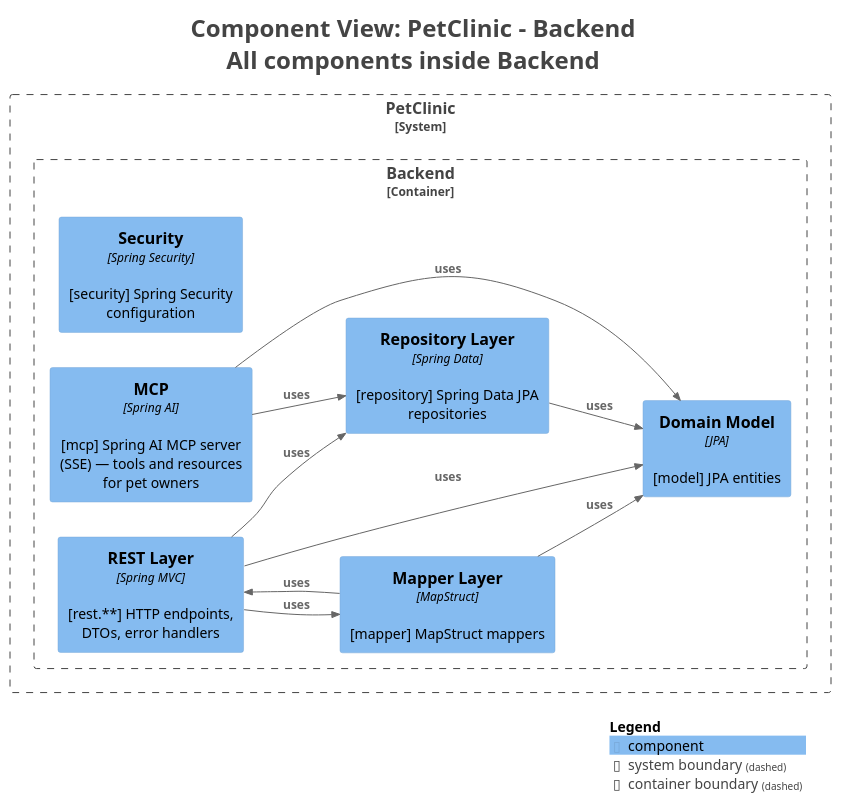
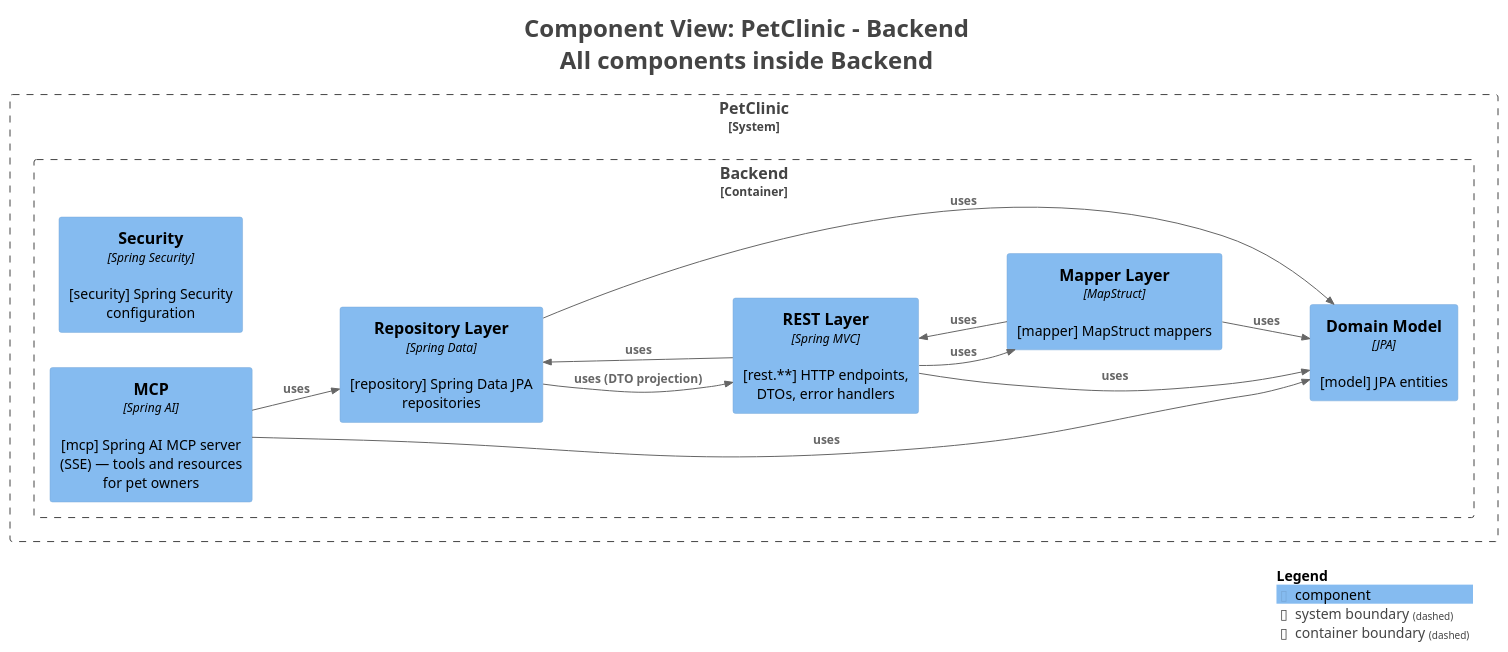
The diagram in petclinic-backend/docs/generated/c4views/C3-Components-All.puml (pmattiollo/petclinic), drawn with PlantUML before and after one commit. The commit also changed 11 other files, not shown here.

```diff
--- a/petclinic-backend/docs/generated/c4views/C3-Components-All.puml
+++ b/petclinic-backend/docs/generated/c4views/C3-Components-All.puml
@@ -1,41 +1,42 @@
 @startuml
 title <size:24>Component View: PetClinic - Backend</size>\n<size:24>All components inside Backend</size>
 
 set separator none
 left to right direction
 
 <style>
   root {
     BackgroundColor: #ffffff
     FontColor: #444444
   }
 </style>
 
 !include <C4/C4>
 !include <C4/C4_Context>
 !include <C4/C4_Component>
 
 System_Boundary("PetClinic_boundary", "PetClinic", $tags="") {
   Container_Boundary("PetClinic.Backend_boundary", "Backend", $tags="") {
     Component(PetClinic.Backend.Security, "Security", $techn="Spring Security", $descr="[security] Spring Security configuration", $tags="", $link="")
     Component(PetClinic.Backend.MCP, "MCP", $techn="Spring AI", $descr="[mcp] Spring AI MCP server (SSE) — tools and resources for pet owners", $tags="", $link="")
     Component(PetClinic.Backend.RESTLayer, "REST Layer", $techn="Spring MVC", $descr="[rest.**] HTTP endpoints, DTOs, error handlers", $tags="", $link="")
     Component(PetClinic.Backend.DomainModel, "Domain Model", $techn="JPA", $descr="[model] JPA entities", $tags="", $link="")
     Component(PetClinic.Backend.RepositoryLayer, "Repository Layer", $techn="Spring Data", $descr="[repository] Spring Data JPA repositories", $tags="", $link="")
     Component(PetClinic.Backend.MapperLayer, "Mapper Layer", $techn="MapStruct", $descr="[mapper] MapStruct mappers", $tags="", $link="")
   }
 
 }
 
 Rel(PetClinic.Backend.RESTLayer, PetClinic.Backend.MapperLayer, "uses", $techn="", $tags="", $link="")
 Rel(PetClinic.Backend.RESTLayer, PetClinic.Backend.DomainModel, "uses", $techn="", $tags="", $link="")
 Rel(PetClinic.Backend.RESTLayer, PetClinic.Backend.RepositoryLayer, "uses", $techn="", $tags="", $link="")
 Rel(PetClinic.Backend.MapperLayer, PetClinic.Backend.RESTLayer, "uses", $techn="", $tags="", $link="")
 Rel(PetClinic.Backend.MapperLayer, PetClinic.Backend.DomainModel, "uses", $techn="", $tags="", $link="")
 Rel(PetClinic.Backend.RepositoryLayer, PetClinic.Backend.DomainModel, "uses", $techn="", $tags="", $link="")
+Rel(PetClinic.Backend.RepositoryLayer, PetClinic.Backend.RESTLayer, "uses (DTO projection)", $techn="", $tags="", $link="")
 Rel(PetClinic.Backend.MCP, PetClinic.Backend.DomainModel, "uses", $techn="", $tags="", $link="")
 Rel(PetClinic.Backend.MCP, PetClinic.Backend.RepositoryLayer, "uses", $techn="", $tags="", $link="")
 
 SHOW_LEGEND(true)
 hide stereotypes
 @enduml
```
